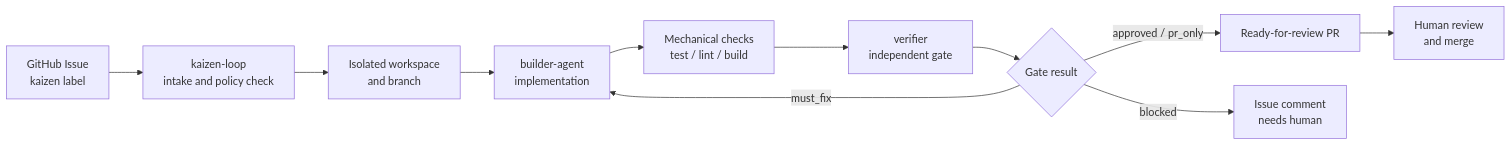
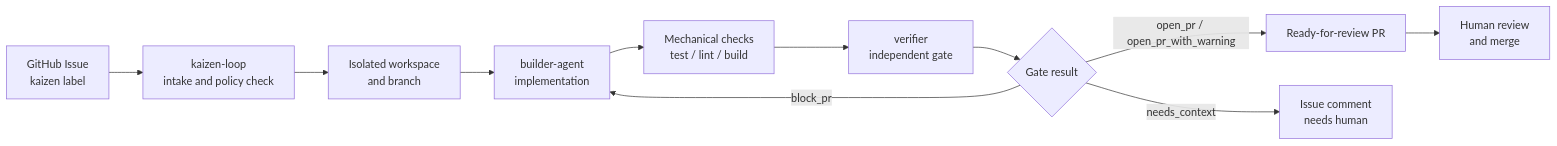
Before and after one commit to kaizen-agents-org/.github: the diagram in docs/issue-to-pr-mvp.md, drawn with Mermaid. The commit also changed other lines of this file and 10 other files, not shown here.

````diff
--- a/docs/issue-to-pr-mvp.md
+++ b/docs/issue-to-pr-mvp.md
@@ -124,13 +124,13 @@
 ```mermaid
 flowchart LR
     Issue["GitHub Issue<br/>kaizen label"] --> Intake["kaizen-loop<br/>intake and policy check"]
     Intake --> Workspace["Isolated workspace<br/>and branch"]
     Workspace --> Builder["builder-agent<br/>implementation"]
     Builder --> Checks["Mechanical checks<br/>test / lint / build"]
     Checks --> Verifier["verifier<br/>independent gate"]
     Verifier --> Decision{"Gate result"}
-    Decision -->|approved / pr_only| PR["Ready-for-review PR"]
-    Decision -->|must_fix| Builder
-    Decision -->|blocked| Comment["Issue comment<br/>needs human"]
+    Decision -->|open_pr / open_pr_with_warning| PR["Ready-for-review PR"]
+    Decision -->|block_pr| Builder
+    Decision -->|needs_context| Comment["Issue comment<br/>needs human"]
     PR --> Human["Human review<br/>and merge"]
 ```
````
